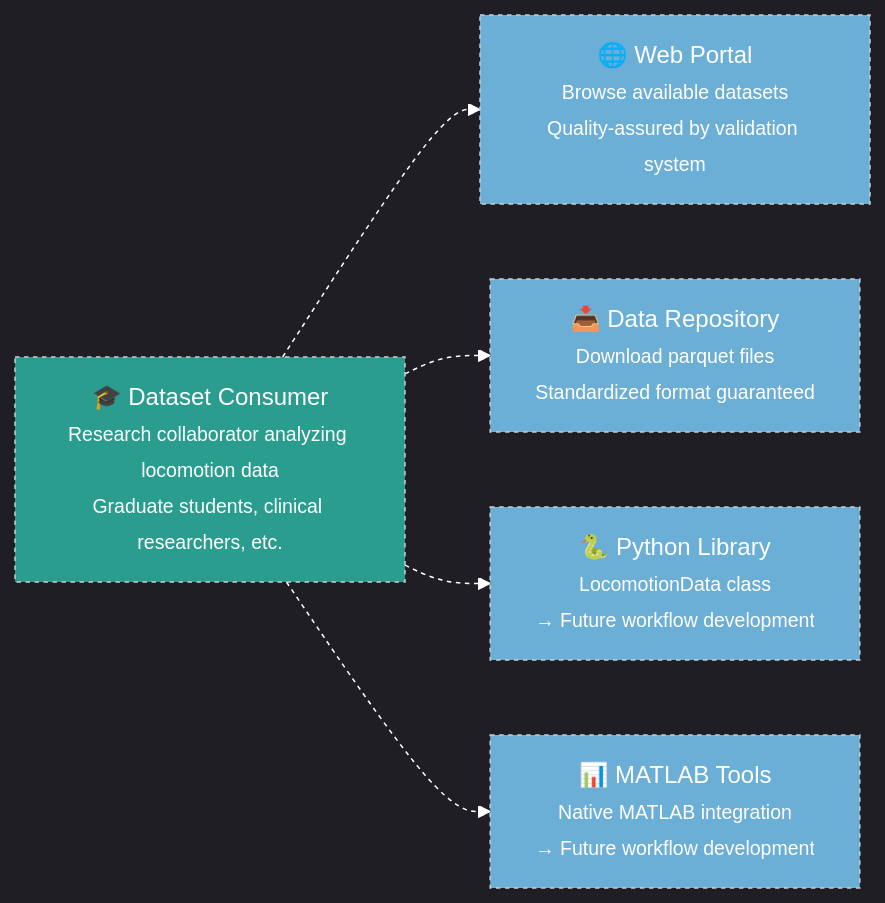
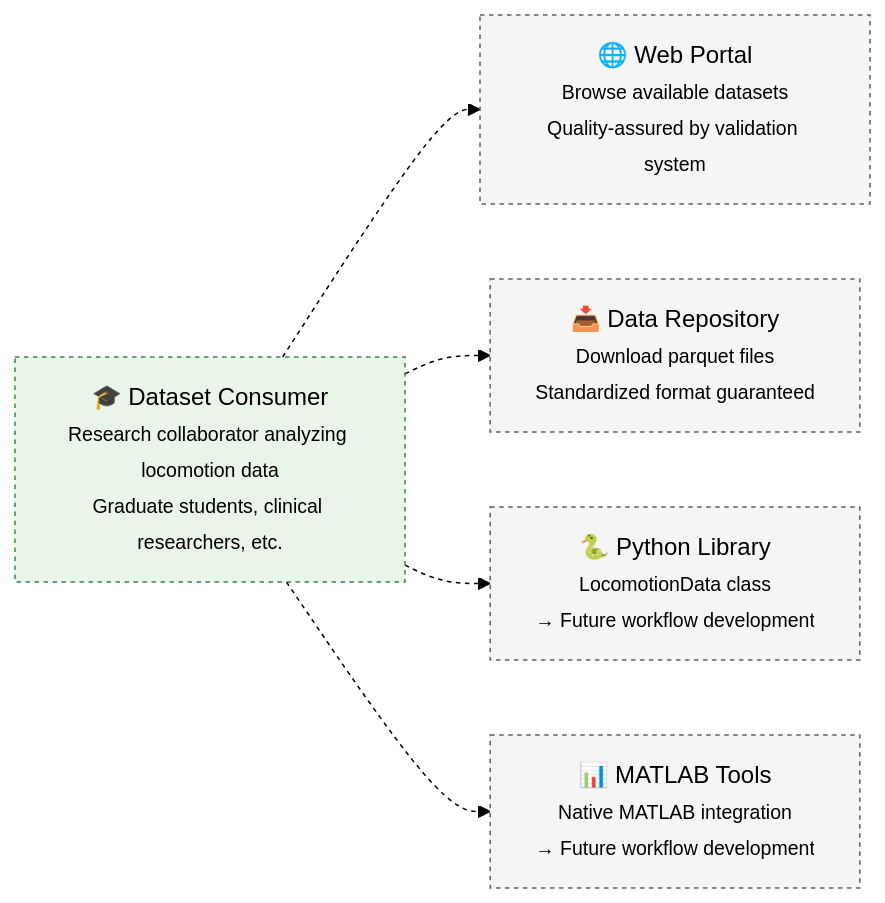
The fourth of 7 diagrams in docs/software_engineering/docs/01b_SYSTEM_CONTEXT.md (jmontp/LocoHub), drawn with Mermaid before and after one commit. The commit also changed other lines of this file and 14 other files, not shown here.

````diff
--- a/docs/software_engineering/docs/01b_SYSTEM_CONTEXT.md
+++ b/docs/software_engineering/docs/01b_SYSTEM_CONTEXT.md
@@ -100,18 +100,18 @@
 ```mermaid
-%%{init: {'theme': 'dark'}}%%
+%%{init: {'theme': 'default'}}%%
 graph LR
     DC["🎓 Dataset Consumer<br/><font size='-1'>Research collaborator analyzing locomotion data<br/>Graduate students, clinical researchers, etc.</font>"]
     
     DC --> BROWSE["🌐 Web Portal<br/><font size='-1'>Browse available datasets<br/>Quality-assured by validation system</font>"]
     DC --> DOWNLOAD["📥 Data Repository<br/><font size='-1'>Download parquet files<br/>Standardized format guaranteed</font>"]
     DC --> PYTHON["🐍 Python Library<br/><font size='-1'>LocomotionData class<br/>→ Future workflow development</font>"]
     DC --> MATLAB["📊 MATLAB Tools<br/><font size='-1'>Native MATLAB integration<br/>→ Future workflow development</font>"]
     
-    style DC fill:#2a9d8f,color:white,stroke-dasharray:3
-    style BROWSE fill:#6baed6,color:white,stroke-dasharray:3
-    style DOWNLOAD fill:#6baed6,color:white,stroke-dasharray:3
-    style PYTHON fill:#6baed6,color:white,stroke-dasharray:3
-    style MATLAB fill:#6baed6,color:white,stroke-dasharray:3
+    style DC fill:#e8f5e8,color:#000000,stroke:#388e3c,stroke-dasharray:3
+    style BROWSE fill:#f5f5f5,color:#000000,stroke:#616161,stroke-dasharray:3
+    style DOWNLOAD fill:#f5f5f5,color:#000000,stroke:#616161,stroke-dasharray:3
+    style PYTHON fill:#f5f5f5,color:#000000,stroke:#616161,stroke-dasharray:3
+    style MATLAB fill:#f5f5f5,color:#000000,stroke:#616161,stroke-dasharray:3
     
-    linkStyle default stroke:white,stroke-dasharray:3
+    linkStyle default stroke:black,stroke-dasharray:3
 ```
````
